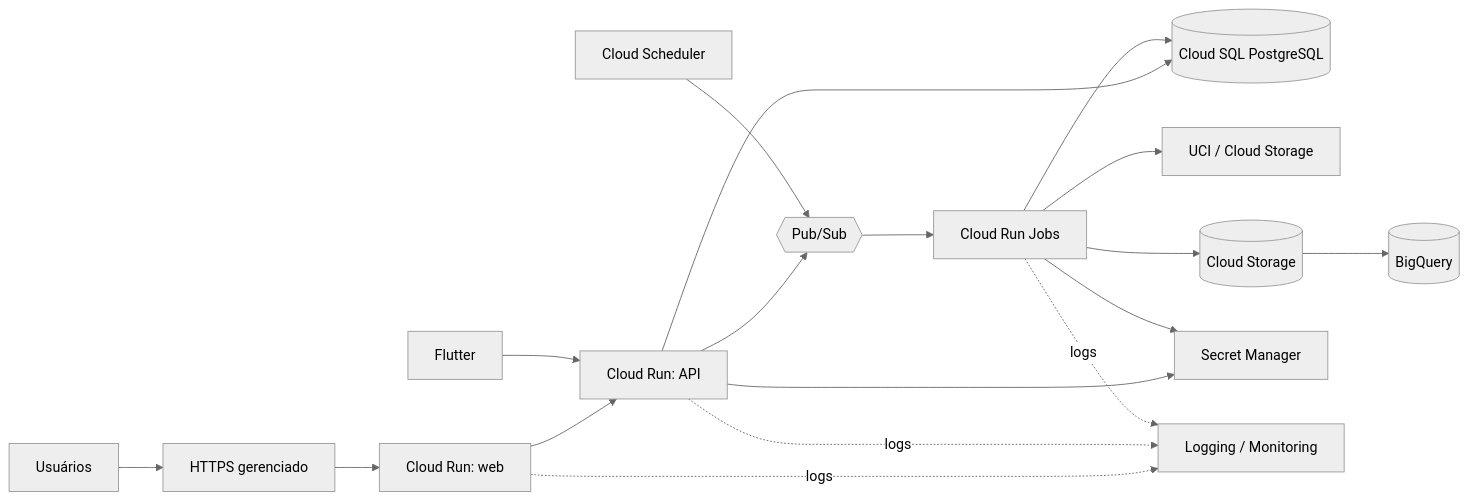
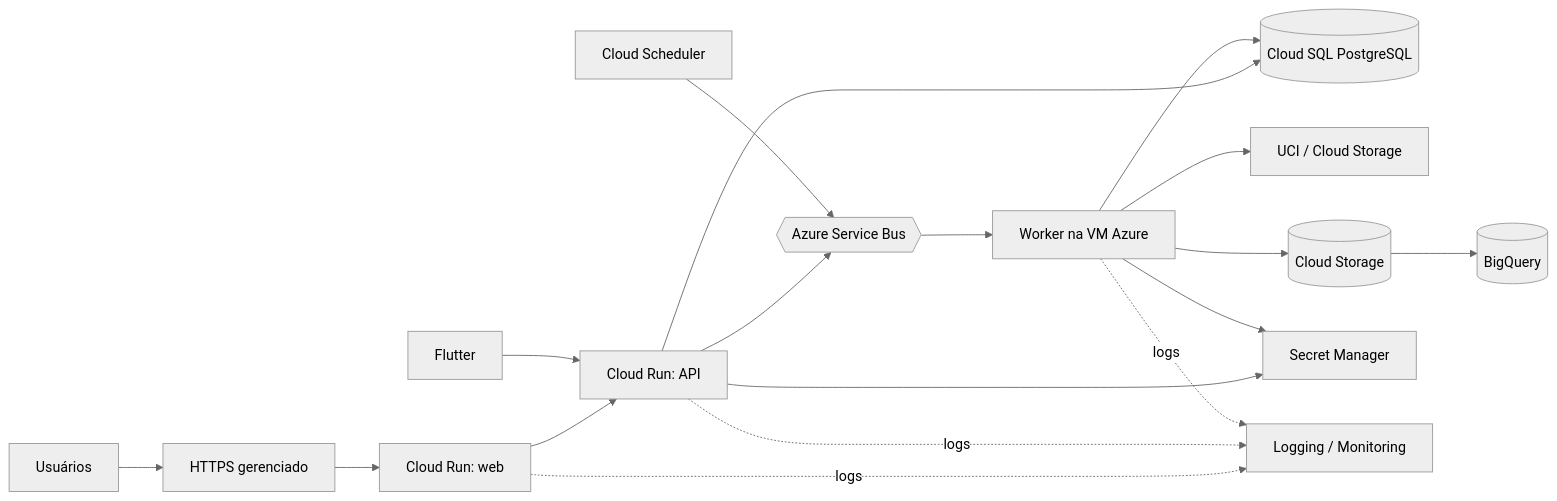
The first of 2 diagrams in docs/04-computacao-em-nuvem.md (FatecFranca/DSM-G05-PI6-2026-2), drawn with Mermaid (neutral theme) before and after one commit. The commit also changed other lines of this file and 24 other files, not shown here.

````diff
--- a/docs/04-computacao-em-nuvem.md
+++ b/docs/04-computacao-em-nuvem.md
@@ -29,20 +30,20 @@
 ```mermaid
 flowchart LR
     internet[Usuários] --> lb[HTTPS gerenciado]
     lb --> web[Cloud Run: web]
     web --> api[Cloud Run: API]
     mobile[Flutter] --> api
     api --> sql[(Cloud SQL PostgreSQL)]
-    api --> queue{{Pub/Sub}}
+    api --> queue{{Azure Service Bus}}
     scheduler[Cloud Scheduler] --> queue
-    queue --> job[Cloud Run Jobs]
+    queue --> job[Worker na VM Azure]
     job --> uci[UCI / Cloud Storage]
     job --> sql
     job --> storage[(Cloud Storage)]
     storage --> warehouse[(BigQuery)]
     api --> secrets[Secret Manager]
     job --> secrets
     web -. logs .-> monitor[Logging / Monitoring]
     api -. logs .-> monitor
     job -. logs .-> monitor
 ```
````
